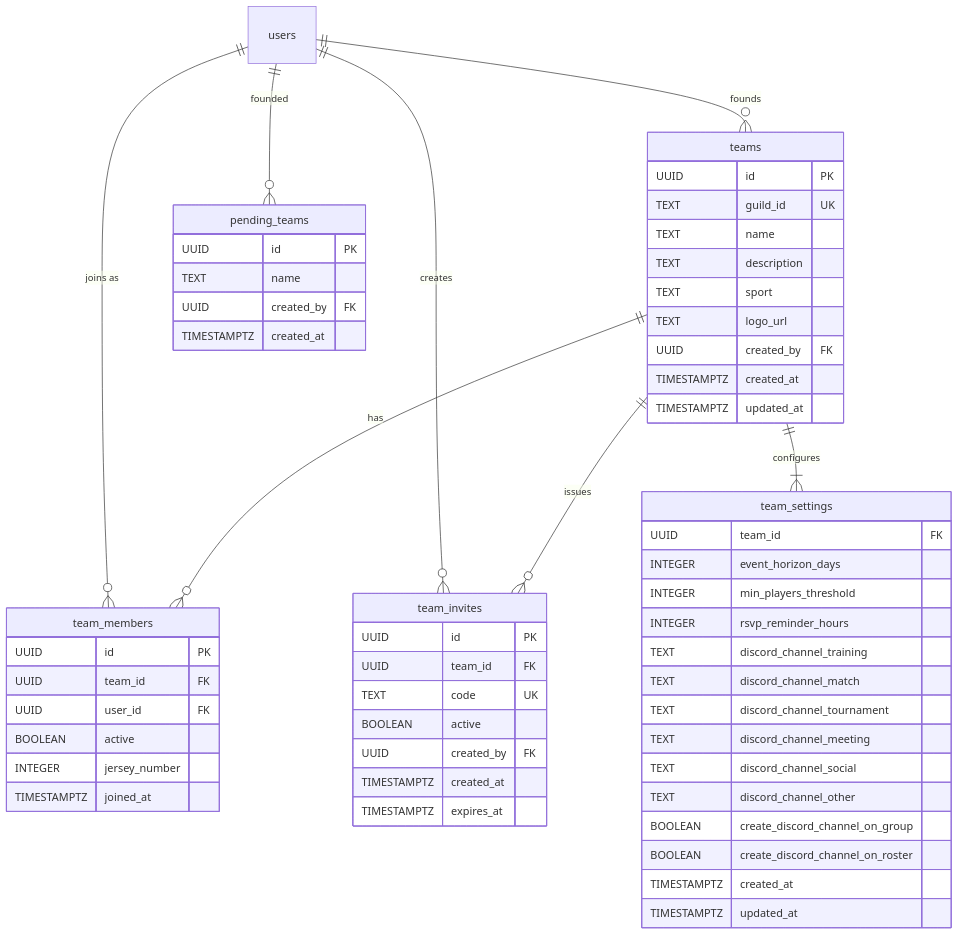
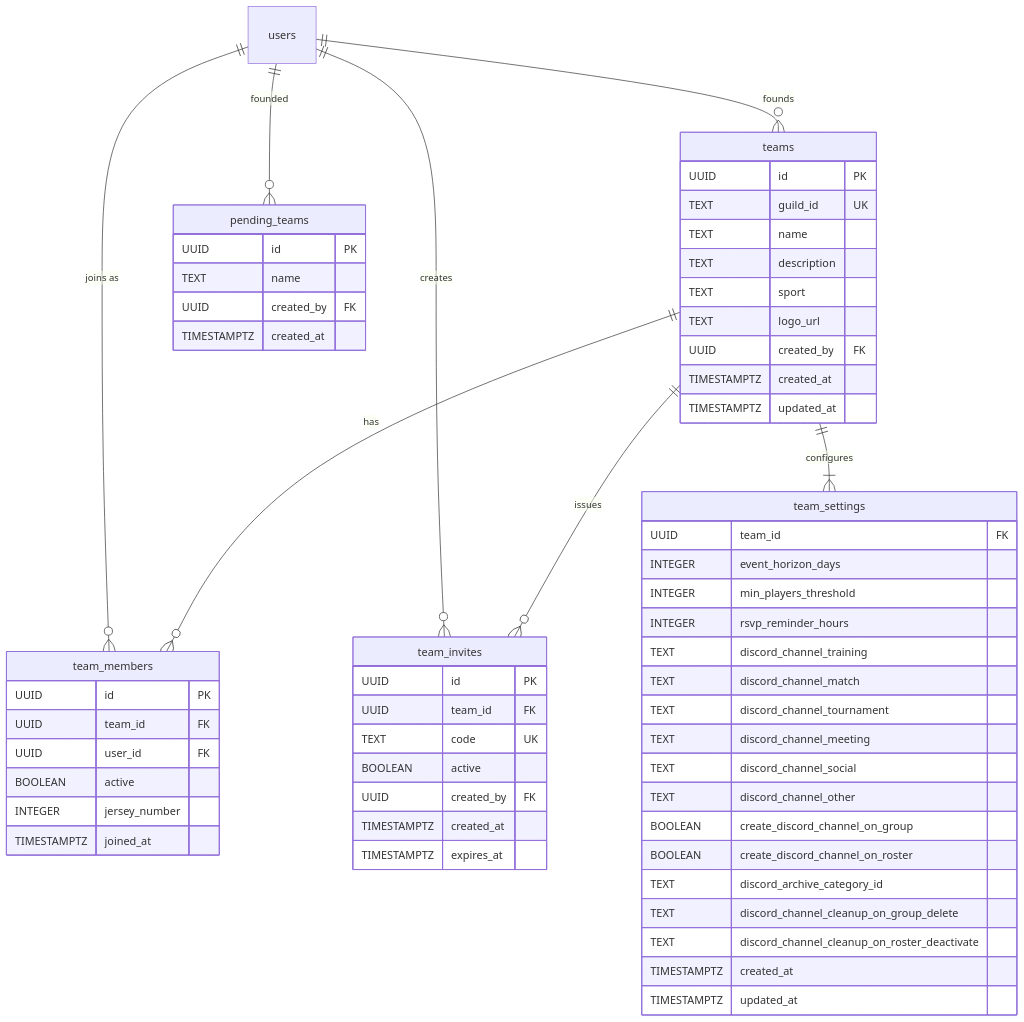
The third of 12 diagrams in docs/thesis/er-diagram.md (maxa-ondrej/sideline), drawn with Mermaid before and after one commit. The commit also changed other lines of this file and 48 other files, not shown here.

First line of the commit message:
Move Discord channels to archive category on group/roster deletion (#153)

````diff
--- a/docs/thesis/er-diagram.md
+++ b/docs/thesis/er-diagram.md
@@ -143,65 +143,68 @@
 ```mermaid
 erDiagram
     teams {
         UUID id PK
         TEXT guild_id UK
         TEXT name
         TEXT description
         TEXT sport
         TEXT logo_url
         UUID created_by FK
         TIMESTAMPTZ created_at
         TIMESTAMPTZ updated_at
     }
 
     team_members {
         UUID id PK
         UUID team_id FK
         UUID user_id FK
         BOOLEAN active
         INTEGER jersey_number
         TIMESTAMPTZ joined_at
     }
 
     team_invites {
         UUID id PK
         UUID team_id FK
         TEXT code UK
         BOOLEAN active
         UUID created_by FK
         TIMESTAMPTZ created_at
         TIMESTAMPTZ expires_at
     }
 
     team_settings {
         UUID team_id FK
         INTEGER event_horizon_days
         INTEGER min_players_threshold
         INTEGER rsvp_reminder_hours
         TEXT discord_channel_training
         TEXT discord_channel_match
         TEXT discord_channel_tournament
         TEXT discord_channel_meeting
         TEXT discord_channel_social
         TEXT discord_channel_other
         BOOLEAN create_discord_channel_on_group
         BOOLEAN create_discord_channel_on_roster
+        TEXT discord_archive_category_id
+        TEXT discord_channel_cleanup_on_group_delete
+        TEXT discord_channel_cleanup_on_roster_deactivate
         TIMESTAMPTZ created_at
         TIMESTAMPTZ updated_at
     }
 
     pending_teams {
         UUID id PK
         TEXT name
         UUID created_by FK
         TIMESTAMPTZ created_at
     }
 
     users ||--o{ teams : "founds"
     users ||--o{ team_members : "joins as"
     users ||--o{ team_invites : "creates"
     users ||--o{ pending_teams : "founded"
     teams ||--o{ team_members : "has"
     teams ||--o{ team_invites : "issues"
     teams ||--|{ team_settings : "configures"
 ```
````
